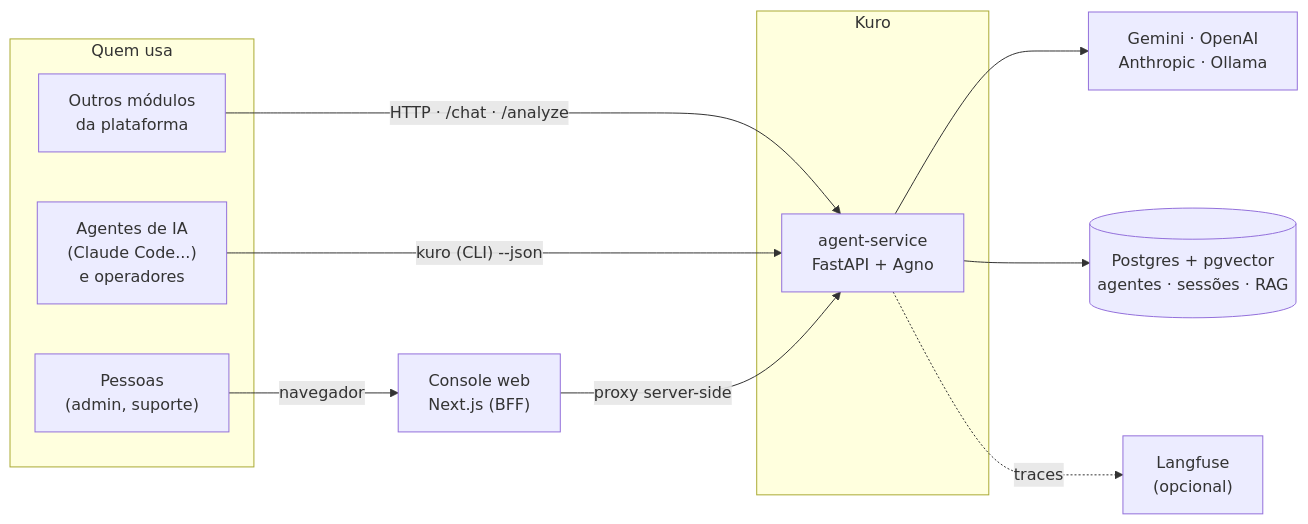
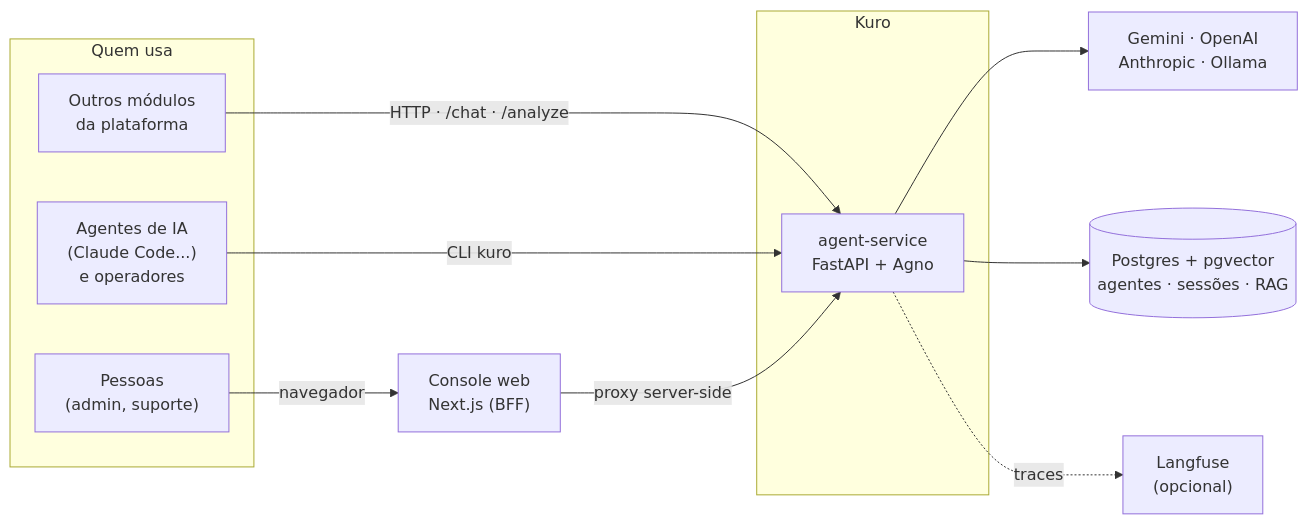
The first of 6 diagrams in README.md (Arthur-Marques-IA/microservice_agents), drawn with Mermaid before and after one commit. The commit also changed other lines of this file, not shown here.

First line of the commit message:
docs: conserta diagramas do README e foca a CLI em uv run kuro

````diff
--- a/README.md
+++ b/README.md
@@ -34,21 +34,21 @@
 ```mermaid
 flowchart LR
     subgraph Quem usa
         M["Outros módulos<br/>da plataforma"]
         A["Agentes de IA<br/>(Claude Code...)<br/>e operadores"]
         H["Pessoas<br/>(admin, suporte)"]
     end
 
     M -- "HTTP · /chat · /analyze" --> API
-    A -- "kuro (CLI) --json" --> API
+    A -- "CLI kuro" --> API
     H -- "navegador" --> UI["Console web<br/>Next.js (BFF)"]
     UI -- "proxy server-side" --> API
 
     subgraph Kuro
         API["agent-service<br/>FastAPI + Agno"]
     end
 
     API --> LLM["Gemini · OpenAI<br/>Anthropic · Ollama"]
     API --> PG[("Postgres + pgvector<br/>agentes · sessões · RAG")]
     API -. "traces" .-> LF["Langfuse<br/>(opcional)"]
 ```
````
